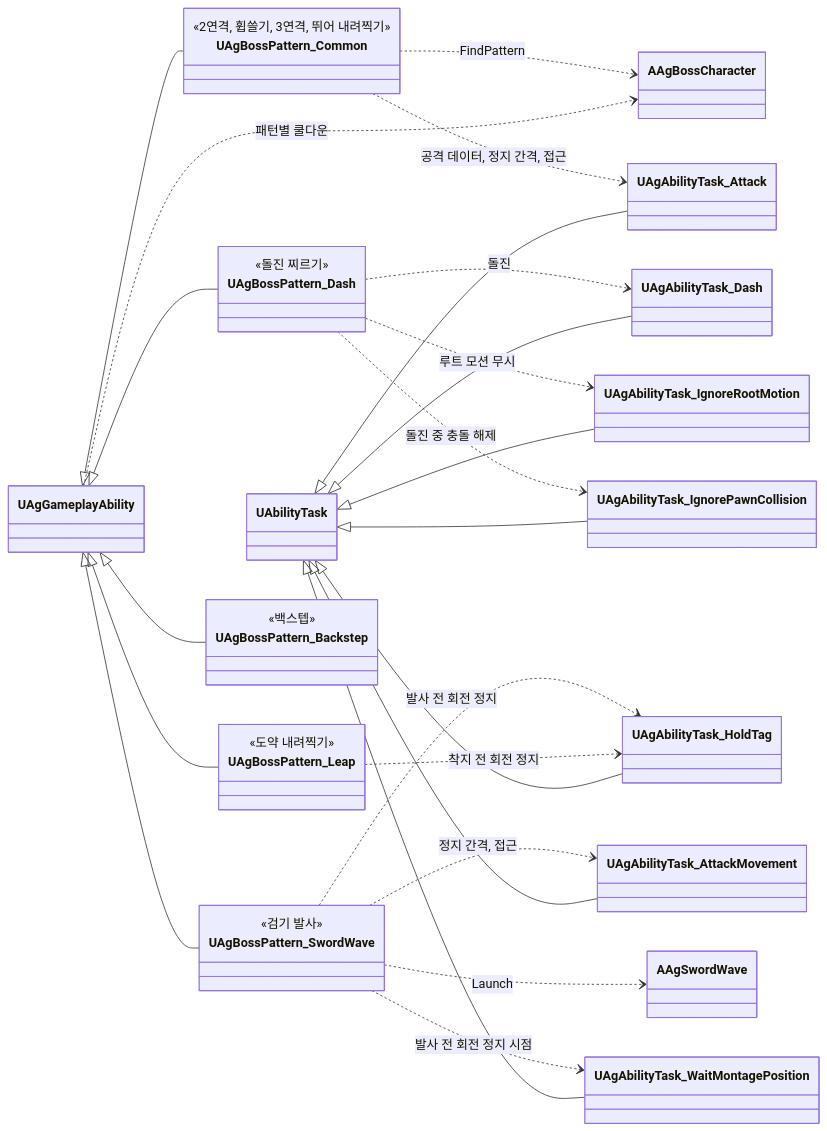
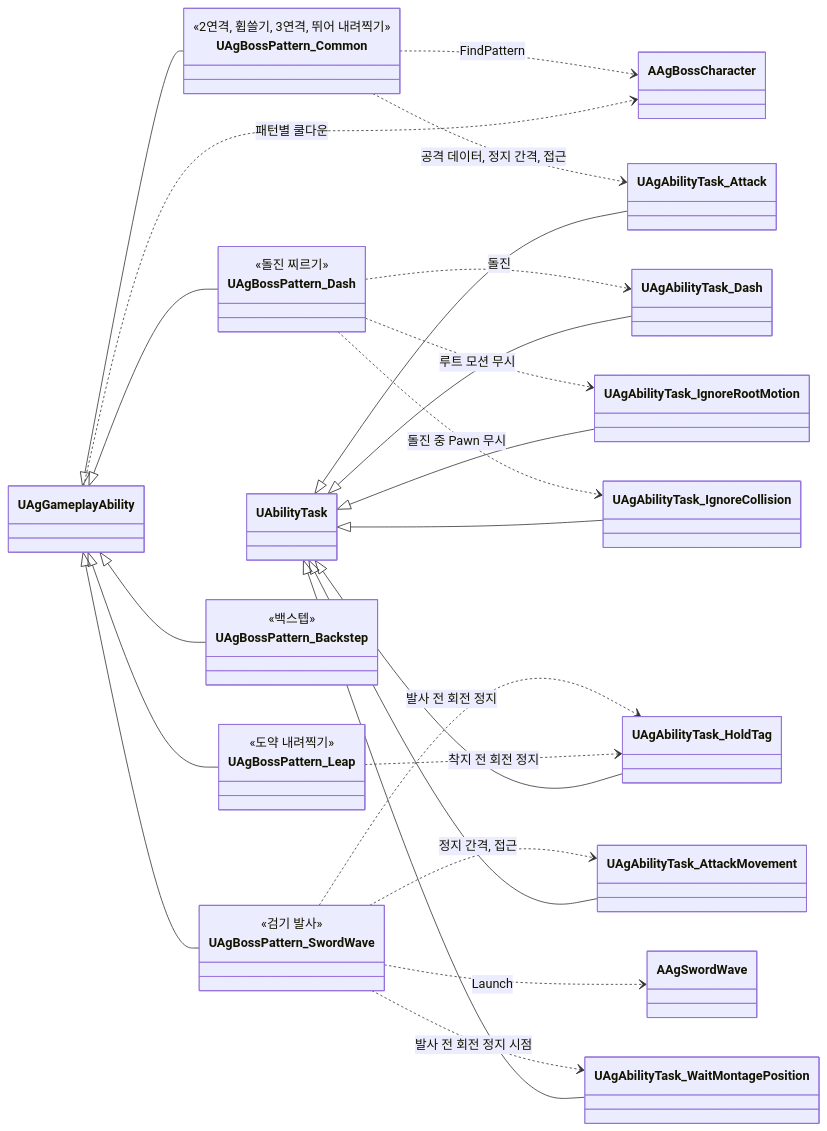
One commit to Woogl/Ag changed the eighth of 21 diagrams in Docs/Program/클래스 구조도.md. Above: the diagram before and after it, drawn with Mermaid. The commit also changed other lines of this file and 9 other files, not shown here.

````diff
--- a/Docs/Program/클래스 구조도.md
+++ b/Docs/Program/클래스 구조도.md
@@ -376,43 +376,43 @@
 ```mermaid
 classDiagram
     direction LR
     class UAgBossPattern_Common {
         <<2연격, 휩쓸기, 3연격, 뛰어 내려찍기>>
     }
     class UAgBossPattern_Dash {
         <<돌진 찌르기>>
     }
     class UAgBossPattern_Leap {
         <<도약 내려찍기>>
     }
     class UAgBossPattern_SwordWave {
         <<검기 발사>>
     }
     class UAgBossPattern_Backstep {
         <<백스텝>>
     }
     UAgGameplayAbility <|-- UAgBossPattern_Common
     UAgGameplayAbility <|-- UAgBossPattern_Dash
     UAgGameplayAbility <|-- UAgBossPattern_Leap
     UAgGameplayAbility <|-- UAgBossPattern_SwordWave
     UAgGameplayAbility <|-- UAgBossPattern_Backstep
 
     UAgBossPattern_Common ..> AAgBossCharacter : FindPattern
     UAgBossPattern_Common ..> UAgAbilityTask_Attack : 공격 데이터, 정지 간격, 접근
     UAgBossPattern_SwordWave ..> UAgAbilityTask_AttackMovement : 정지 간격, 접근
     UAgBossPattern_Dash ..> UAgAbilityTask_Dash : 돌진
     UAgBossPattern_Dash ..> UAgAbilityTask_IgnoreRootMotion : 루트 모션 무시
-    UAgBossPattern_Dash ..> UAgAbilityTask_IgnorePawnCollision : 돌진 중 충돌 해제
+    UAgBossPattern_Dash ..> UAgAbilityTask_IgnoreCollision : 돌진 중 Pawn 무시
     UAgBossPattern_SwordWave ..> AAgSwordWave : Launch
     UAgBossPattern_SwordWave ..> UAgAbilityTask_WaitMontagePosition : 발사 전 회전 정지 시점
     UAgBossPattern_SwordWave ..> UAgAbilityTask_HoldTag : 발사 전 회전 정지
     UAgBossPattern_Leap ..> UAgAbilityTask_HoldTag : 착지 전 회전 정지
     UAgGameplayAbility ..> AAgBossCharacter : 패턴별 쿨다운
     UAbilityTask <|-- UAgAbilityTask_Attack
     UAbilityTask <|-- UAgAbilityTask_Dash
     UAbilityTask <|-- UAgAbilityTask_IgnoreRootMotion
-    UAbilityTask <|-- UAgAbilityTask_IgnorePawnCollision
+    UAbilityTask <|-- UAgAbilityTask_IgnoreCollision
     UAbilityTask <|-- UAgAbilityTask_AttackMovement
     UAbilityTask <|-- UAgAbilityTask_WaitMontagePosition
     UAbilityTask <|-- UAgAbilityTask_HoldTag
 ```
````
